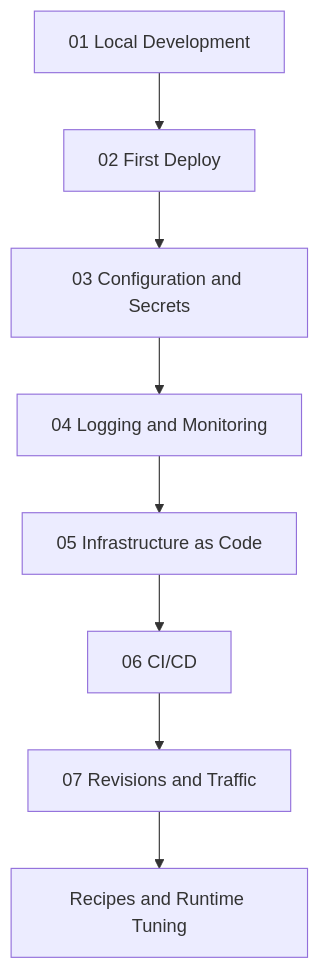
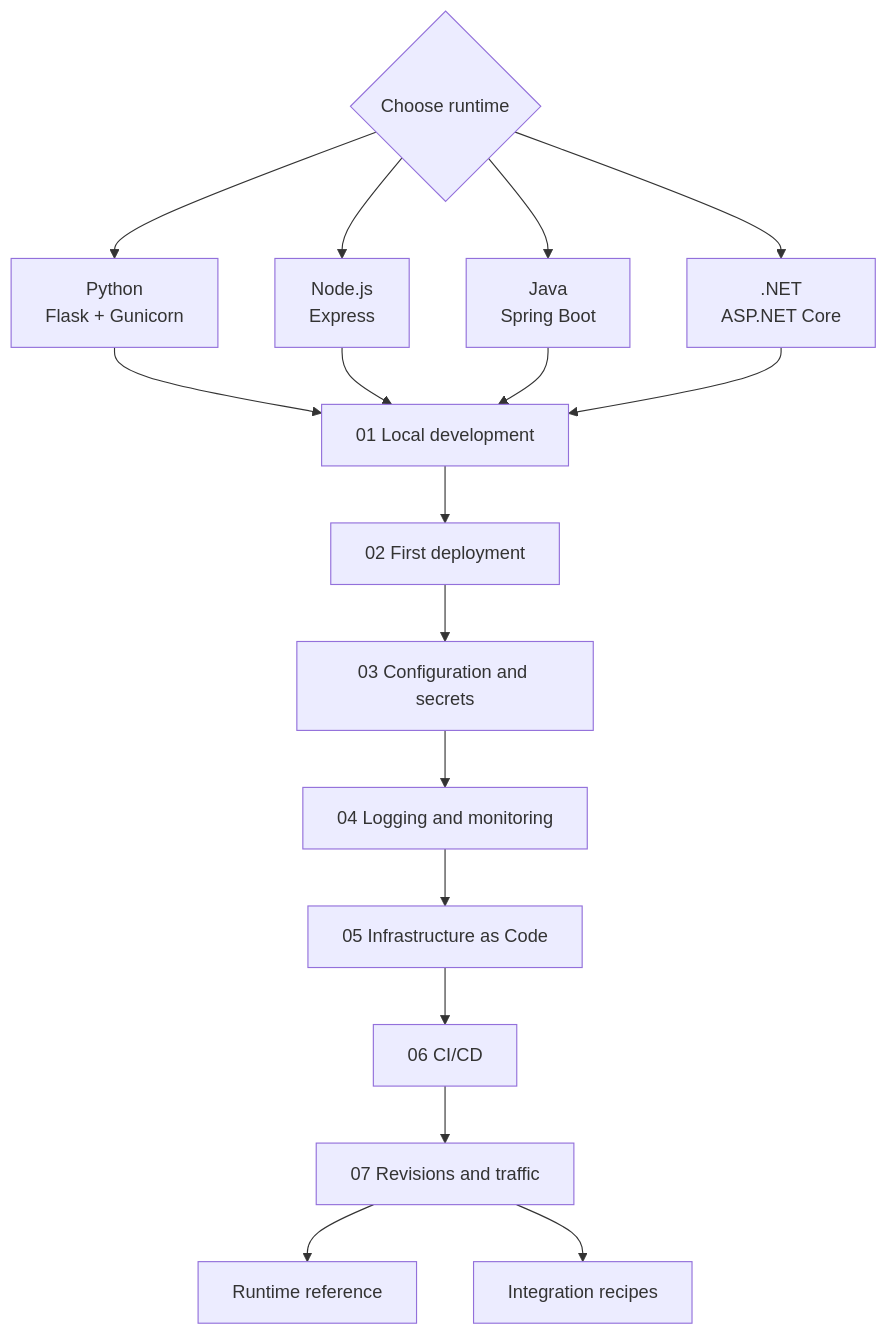
One commit to yeongseon/azure-container-apps-practical-guide changed the diagram in docs/language-guides/index.md. Above: the diagram before and after it, drawn with Mermaid. The commit also changed other lines of this file and 22 other files, not shown here.

Commit message:
docs(diagrams): migrate language navigation and .NET recipe diagrams

````diff
--- a/docs/language-guides/index.md
+++ b/docs/language-guides/index.md
@@ -39,10 +39,27 @@
 ```mermaid
 flowchart TD
-    A[01 Local Development] --> B[02 First Deploy]
-    B --> C[03 Configuration and Secrets]
-    C --> D[04 Logging and Monitoring]
-    D --> E[05 Infrastructure as Code]
-    E --> F[06 CI/CD]
-    F --> G[07 Revisions and Traffic]
-    G --> H[Recipes and Runtime Tuning]
+    accTitle: Shared language-guide progression
+    accDescr: Each runtime follows the same seven tutorial stages, then branches to its runtime reference and integration recipes. Select Python, Node.js, Java, or .NET before starting the shared sequence.
+    CHOOSE{Choose runtime}
+    PYTHON[Python<br/>Flask + Gunicorn]
+    NODE[Node.js<br/>Express]
+    JAVA[Java<br/>Spring Boot]
+    DOTNET[.NET<br/>ASP.NET Core]
+    LOCAL[01 Local development]
+    DEPLOY[02 First deployment]
+    CONFIG[03 Configuration and secrets]
+    OBSERVE[04 Logging and monitoring]
+    IAC[05 Infrastructure as Code]
+    CICD[06 CI/CD]
+    RELEASE[07 Revisions and traffic]
+    RUNTIME[Runtime reference]
+    RECIPES[Integration recipes]
+
+    CHOOSE --> PYTHON --> LOCAL
+    CHOOSE --> NODE --> LOCAL
+    CHOOSE --> JAVA --> LOCAL
+    CHOOSE --> DOTNET --> LOCAL
+    LOCAL --> DEPLOY --> CONFIG --> OBSERVE --> IAC --> CICD --> RELEASE
+    RELEASE --> RUNTIME
+    RELEASE --> RECIPES
 ```
````
